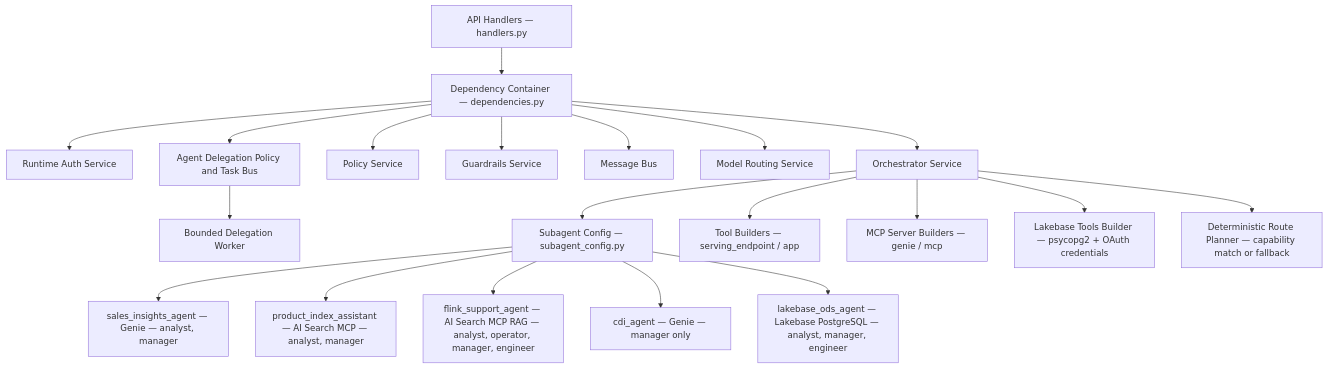
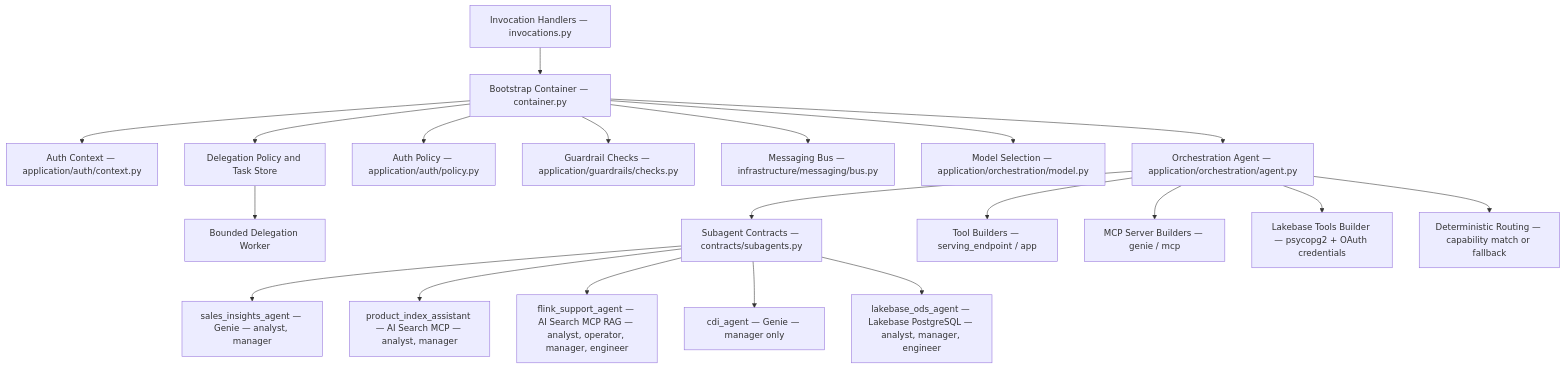
Before and after one commit to wchen-dea/Governed-Multi-Agent-Intelligence-on-Databricks: the first of 7 diagrams in docs/architecture/design-artifacts/04-logical-detailed.md, drawn with Mermaid. The commit also changed other lines of this file and 114 other files, not shown here.

````diff
--- a/docs/architecture/design-artifacts/04-logical-detailed.md
+++ b/docs/architecture/design-artifacts/04-logical-detailed.md
@@ -7,24 +7,24 @@
 ```mermaid
 flowchart TB
-    H[API Handlers — handlers.py] --> D[Dependency Container — dependencies.py]
-    D --> RA[Runtime Auth Service]
-    D --> OR[Orchestrator Service]
-    D --> PO[Policy Service]
-    D --> GR[Guardrails Service]
-    D --> MB[Message Bus]
-    D --> MR[Model Routing Service]
-    D --> DT[Agent Delegation Policy and Task Bus]
+    H[Invocation Handlers — invocations.py] --> D[Bootstrap Container — container.py]
+    D --> RA[Auth Context — application/auth/context.py]
+    D --> OR[Orchestration Agent — application/orchestration/agent.py]
+    D --> PO[Auth Policy — application/auth/policy.py]
+    D --> GR[Guardrail Checks — application/guardrails/checks.py]
+    D --> MB[Messaging Bus — infrastructure/messaging/bus.py]
+    D --> MR[Model Selection — application/orchestration/model.py]
+    D --> DT[Delegation Policy and Task Store]
     DT --> DW[Bounded Delegation Worker]
 
-    OR --> SC[Subagent Config — subagent_config.py]
+    OR --> SC[Subagent Contracts — contracts/subagents.py]
     OR --> TL[Tool Builders — serving_endpoint / app]
     OR --> MCP[MCP Server Builders — genie / mcp]
     OR --> LB[Lakebase Tools Builder — psycopg2 + OAuth credentials]
-    OR --> RP[Deterministic Route Planner — capability match or fallback]
+    OR --> RP[Deterministic Routing — capability match or fallback]
 
     SC --> S1[sales_insights_agent — Genie — analyst, manager]
     SC --> S2[product_index_assistant — AI Search MCP — analyst, manager]
     SC --> S3[flink_support_agent — AI Search MCP RAG — analyst, operator, manager, engineer]
     SC --> S4[cdi_agent — Genie — manager only]
     SC --> S5[lakebase_ods_agent — Lakebase PostgreSQL — analyst, manager, engineer]
 ```
````
